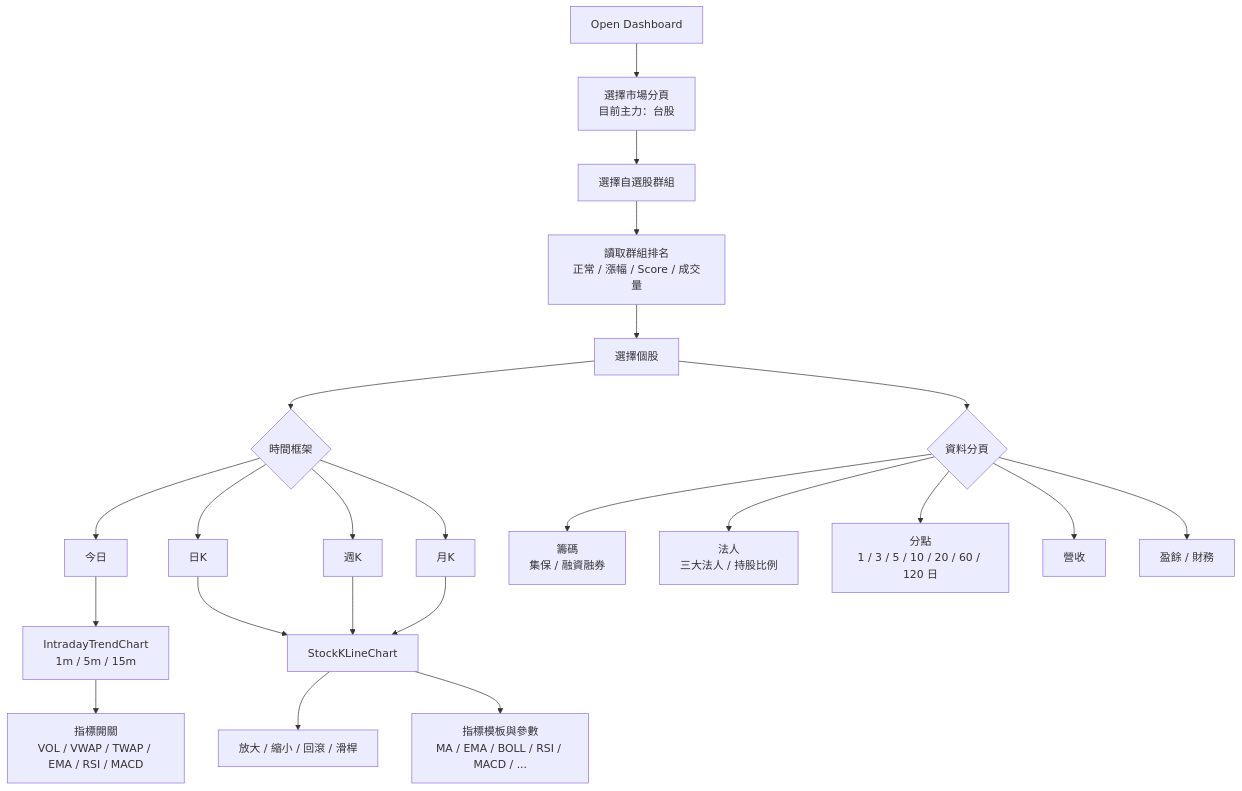
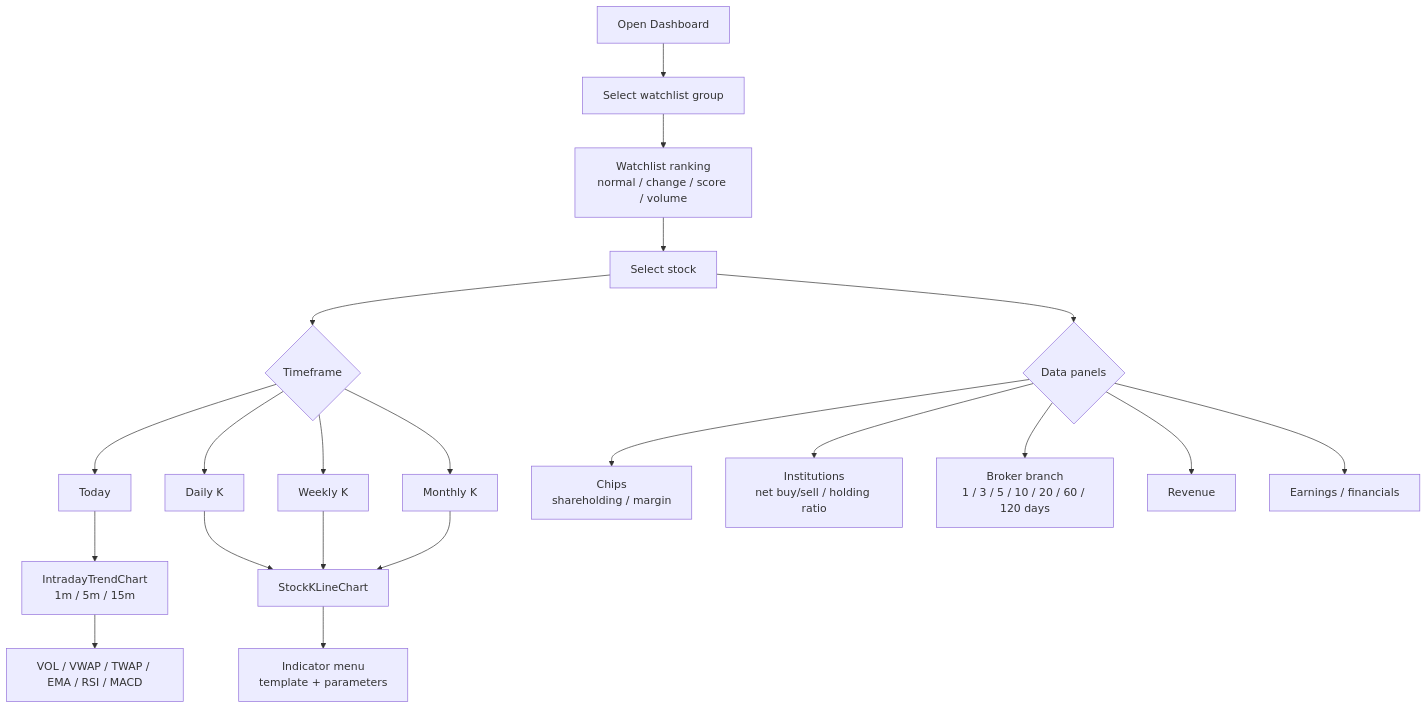
Before and after one commit to lulu930128/open-market-intelligence: the second of 3 diagrams in README.md, drawn with Mermaid. The commit also changed other lines of this file and 15 other files, not shown here.

````diff
--- a/README.md
+++ b/README.md
@@ -116,29 +112,27 @@
 ```mermaid
 flowchart TD
-    open["Open Dashboard"] --> market["選擇市場分頁<br/>目前主力：台股"]
-    market --> group["選擇自選股群組"]
-    group --> ranking["讀取群組排名<br/>正常 / 漲幅 / Score / 成交量"]
-    ranking --> stock["選擇個股"]
-    stock --> timeframe{"時間框架"}
+    open["Open Dashboard"] --> group["Select watchlist group"]
+    group --> ranking["Watchlist ranking<br/>normal / change / score / volume"]
+    ranking --> stock["Select stock"]
+    stock --> timeframe{"Timeframe"}
 
-    timeframe --> today["今日"]
-    timeframe --> daily["日K"]
-    timeframe --> weekly["週K"]
-    timeframe --> monthly["月K"]
+    timeframe --> today["Today"]
+    timeframe --> daily["Daily K"]
+    timeframe --> weekly["Weekly K"]
+    timeframe --> monthly["Monthly K"]
 
     today --> intraday["IntradayTrendChart<br/>1m / 5m / 15m"]
-    intraday --> intradayIndicators["指標開關<br/>VOL / VWAP / TWAP / EMA / RSI / MACD"]
+    intraday --> liveIndicators["VOL / VWAP / TWAP / EMA / RSI / MACD"]
 
     daily --> kline["StockKLineChart"]
     weekly --> kline
     monthly --> kline
-    kline --> zoom["放大 / 縮小 / 回滾 / 滑桿"]
-    kline --> kIndicators["指標模板與參數<br/>MA / EMA / BOLL / RSI / MACD / ..."]
+    kline --> indicatorMenu["Indicator menu<br/>template + parameters"]
 
-    stock --> panels{"資料分頁"}
-    panels --> chips["籌碼<br/>集保 / 融資融券"]
-    panels --> inst["法人<br/>三大法人 / 持股比例"]
-    panels --> branch["分點<br/>1 / 3 / 5 / 10 / 20 / 60 / 120 日"]
-    panels --> revenue["營收"]
-    panels --> earnings["盈餘 / 財務"]
+    stock --> panels{"Data panels"}
+    panels --> chips["Chips<br/>shareholding / margin"]
+    panels --> inst["Institutions<br/>net buy/sell / holding ratio"]
+    panels --> branch["Broker branch<br/>1 / 3 / 5 / 10 / 20 / 60 / 120 days"]
+    panels --> revenue["Revenue"]
+    panels --> earnings["Earnings / financials"]
 ```
````
